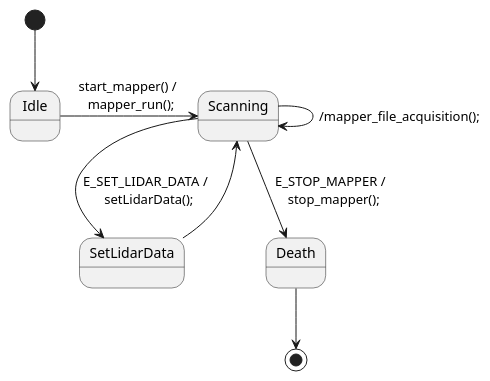
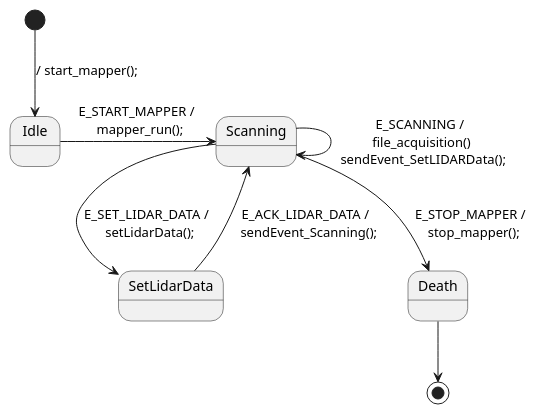
Before and after one commit to arnaudHin/PFE-ScoutBOT: the diagram in Documentation/images/MAE/mapper.puml, drawn with PlantUML. The commit also changed 12 other files, not shown here.

```diff
--- a/Documentation/images/MAE/mapper.puml
+++ b/Documentation/images/MAE/mapper.puml
@@ -3,13 +3,14 @@
 @startuml mapper
-[*] --> Idle
 
-Idle -> Scanning : start_mapper() / \n mapper_run();
+[*] --> Idle : / start_mapper();
 
-Scanning -> Scanning : /mapper_file_acquisition();
+Idle -> Scanning : E_START_MAPPER / \n mapper_run();
+
+Scanning -> Scanning : E_SCANNING / \n file_acquisition() \n sendEvent_SetLIDARData();
 Scanning -> SetLidarData : E_SET_LIDAR_DATA / \n setLidarData();
-SetLidarData --> Scanning 
+SetLidarData --> Scanning : E_ACK_LIDAR_DATA / \n sendEvent_Scanning();
 Scanning --> Death : E_STOP_MAPPER / \n stop_mapper();
 
 Death --> [*]
 
 @enduml
```
